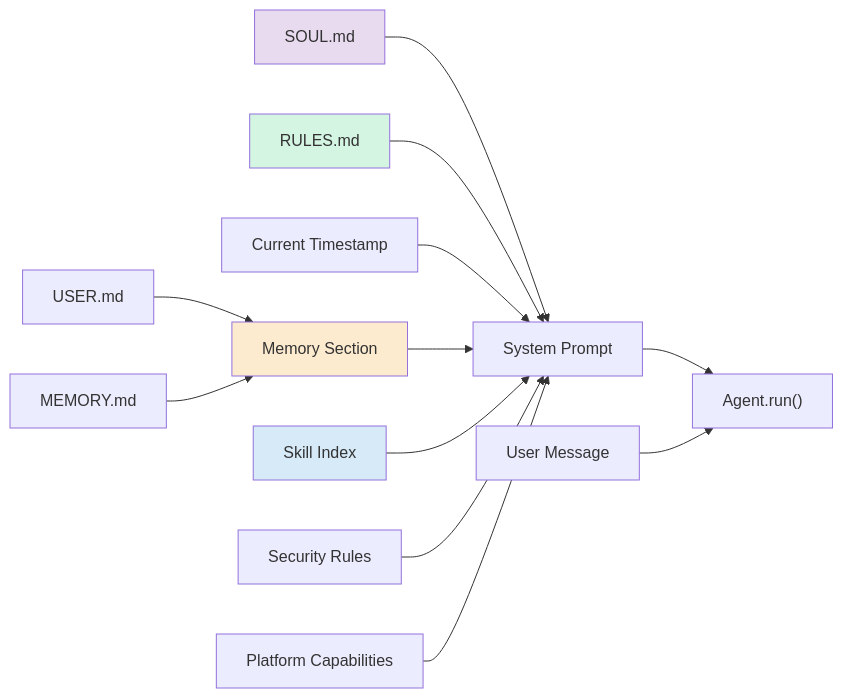
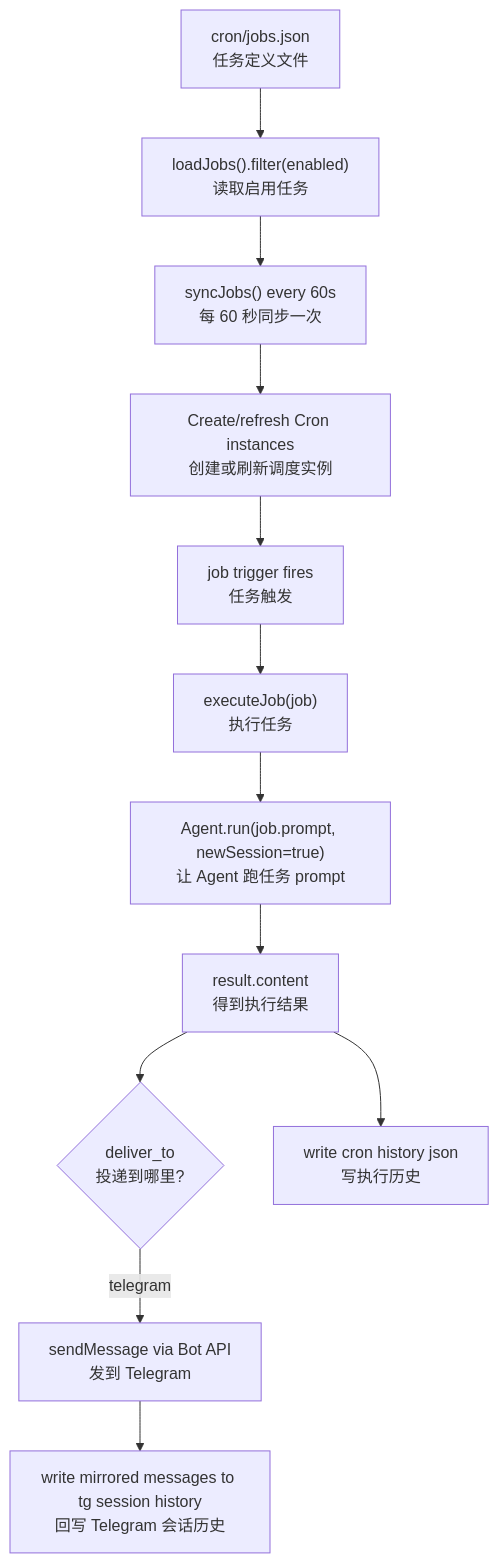
The eighth of 13 diagrams in docs/architecture-diagrams.md (boltguo/anya), drawn with Mermaid before and after one commit. The commit also changed other lines of this file and 72 other files, not shown here.

````diff
--- a/docs/architecture-diagrams.md
+++ b/docs/architecture-diagrams.md
@@ -274,20 +340,14 @@
 ```mermaid
-flowchart LR
-  SOUL["SOUL.md"] --> PROMPT["System Prompt"]
-  RULES["RULES.md"] --> PROMPT
-  TIME["Current Timestamp"] --> PROMPT
-  USER_MEM["USER.md"] --> MEMORY["Memory Section"]
-  AGENT_MEM["MEMORY.md"] --> MEMORY
-  MEMORY --> PROMPT
-  SKILLS["Skill Index"] --> PROMPT
-  SECURITY["Security Rules"] --> PROMPT
-  CAPS["Platform Capabilities"] --> PROMPT
-
-  PROMPT --> AGENT["Agent.run()"]
-  INPUT["User Message"] --> AGENT
-
-  style SOUL fill:#e8daef
-  style RULES fill:#d5f5e3
-  style MEMORY fill:#fdebd0
-  style SKILLS fill:#d6eaf8
+flowchart TD
+  JOBS["cron/jobs.json\n任务定义文件"] --> LOAD["loadJobs().filter(enabled)\n读取启用任务"]
+  LOAD --> SYNC["syncJobs() every 60s\n每 60 秒同步一次"]
+  SYNC --> REGISTER["Create/refresh Cron instances\n创建或刷新调度实例"]
+  REGISTER --> FIRE["job trigger fires\n任务触发"]
+  FIRE --> EXEC["executeJob(job)\n执行任务"]
+  EXEC --> AGENT["Agent.run(job.prompt, newSession=true)\n让 Agent 跑任务 prompt"]
+  AGENT --> RESULT["result.content\n得到执行结果"]
+  RESULT --> DELIVER{"deliver_to\n投递到哪里?"}
+  DELIVER -->|telegram| TG["sendMessage via Bot API\n发到 Telegram"]
+  TG --> LINK["write mirrored messages to tg session history\n回写 Telegram 会话历史"]
+  RESULT --> HISTORY["write cron history json\n写执行历史"]
 ```
````
